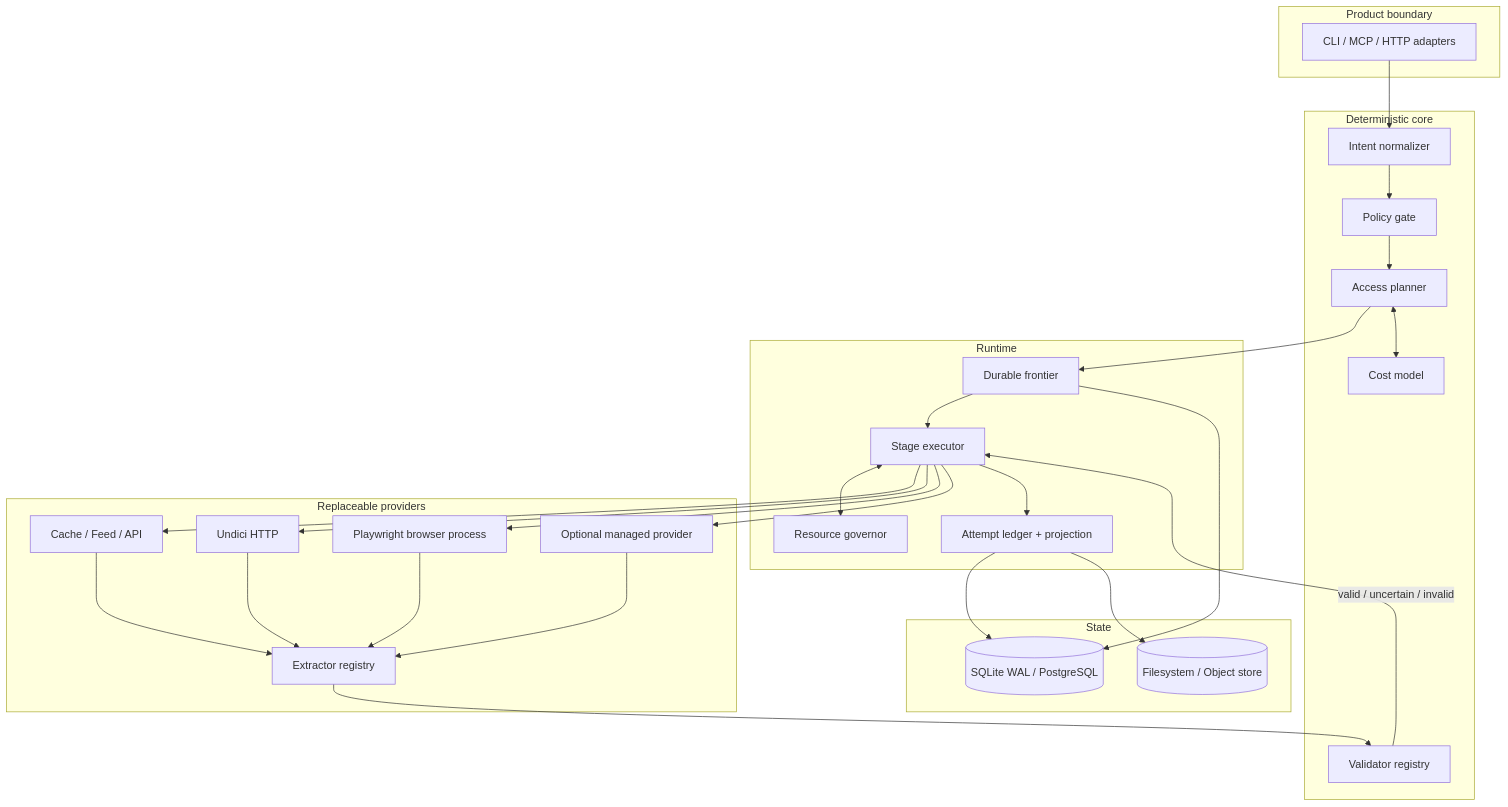
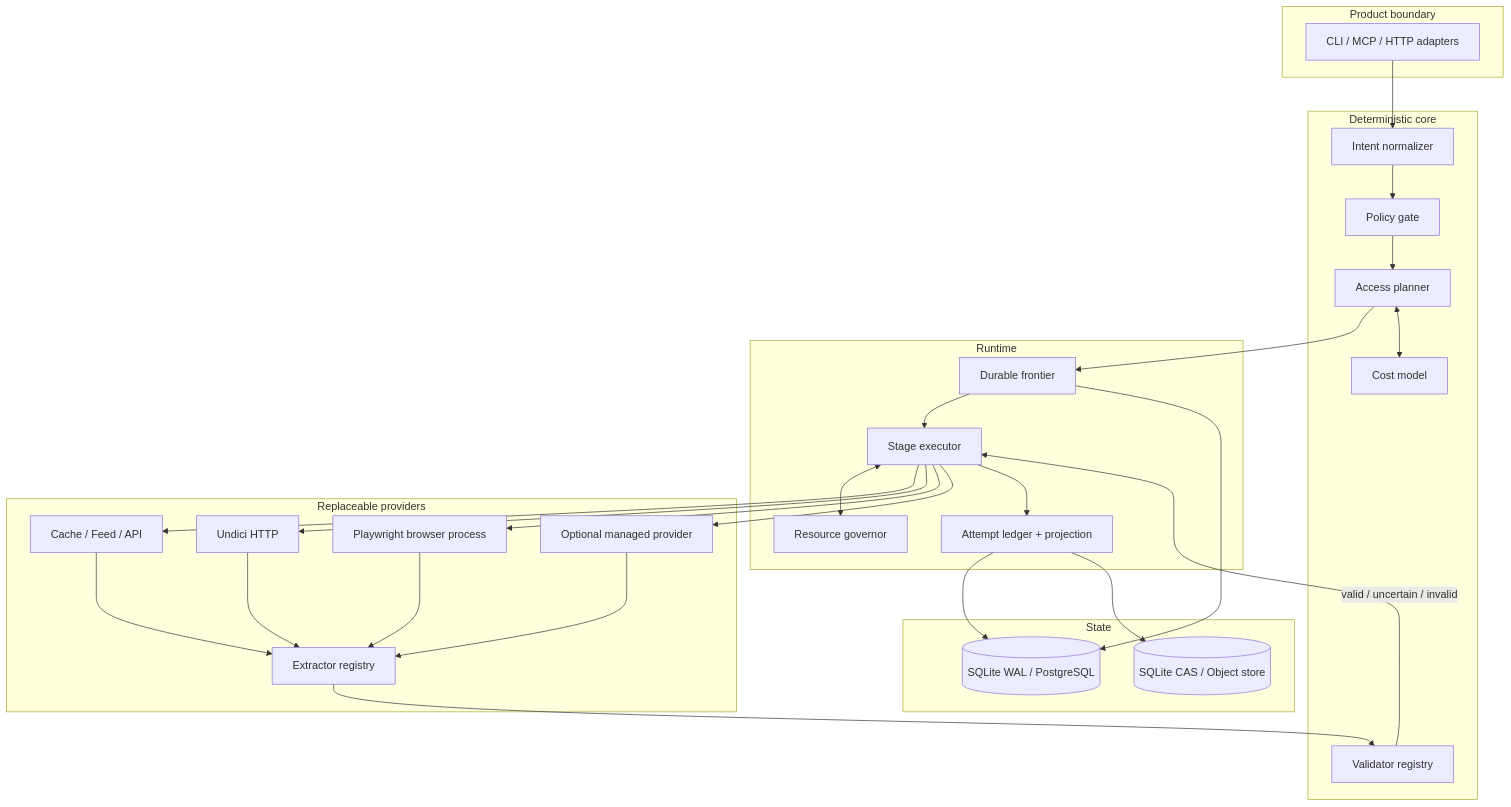
One commit to majiayu000/crawlume changed the second of 4 diagrams in docs/technology-selection-rfc.md. Above: the diagram before and after it, drawn with Mermaid. The commit also changed other lines of this file and 85 other files, not shown here.

First line of the commit message:
feat(runtime)!: complete retrieval architecture

````diff
--- a/docs/technology-selection-rfc.md
+++ b/docs/technology-selection-rfc.md
@@ -164,49 +165,49 @@
 ```mermaid
 flowchart TB
     subgraph Product[Product boundary]
       API[CLI / MCP / HTTP adapters]
     end
     subgraph Core[Deterministic core]
       IN[Intent normalizer]
       PG[Policy gate]
       PL[Access planner]
       VR[Validator registry]
       CM[Cost model]
     end
     subgraph Runtime[Runtime]
       FR[Durable frontier]
       EX[Stage executor]
       RG[Resource governor]
       AL[Attempt ledger + projection]
     end
     subgraph Providers[Replaceable providers]
       CA[Cache / Feed / API]
       HT[Undici HTTP]
       BR[Playwright browser process]
       MP[Optional managed provider]
       ER[Extractor registry]
     end
     subgraph State[State]
       DB[(SQLite WAL / PostgreSQL)]
-      BS[(Filesystem / Object store)]
+      BS[(SQLite CAS / Object store)]
     end
 
     API --> IN --> PG --> PL --> FR
     FR --> EX
     EX <--> RG
     EX --> CA
     EX --> HT
     EX --> BR
     EX --> MP
     CA --> ER
     HT --> ER
     BR --> ER
     MP --> ER
     ER --> VR
     VR -->|valid / uncertain / invalid| EX
     EX --> AL
     PL <--> CM
     FR --> DB
     AL --> DB
     AL --> BS
 ```
````
